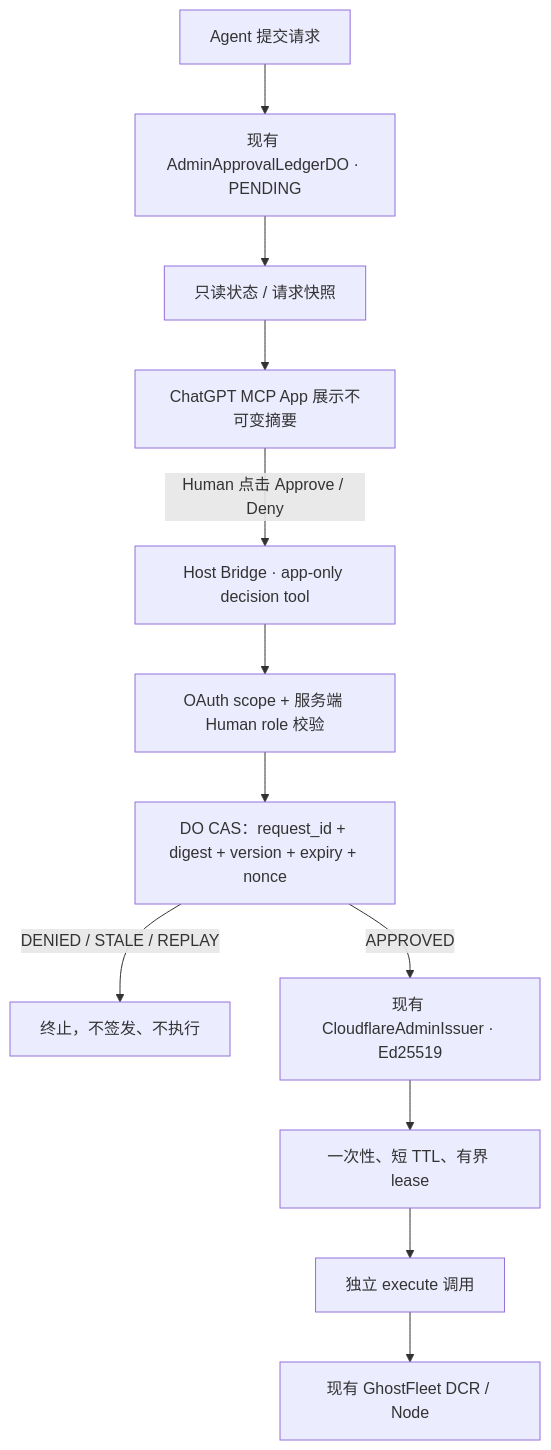
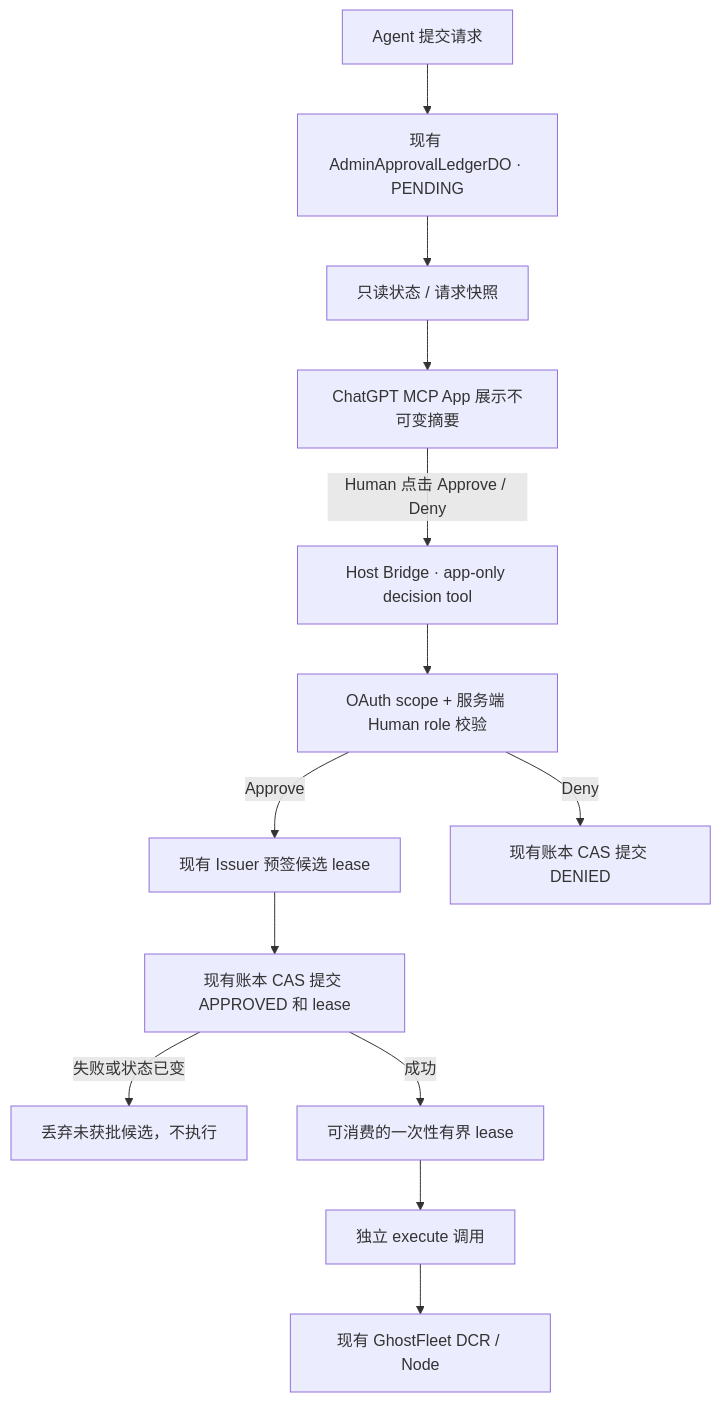
One commit to youling/ghostfleet changed the second of 4 diagrams in docs/architecture/CHATGPT_APPROVAL_PHASE0_PROBE.md. Above: the diagram before and after it, drawn with Mermaid. The commit also changed other lines of this file, not shown here.

Commit message:
docs(approval): align Phase 0 target diagram with signing and CAS source

````diff
--- a/docs/architecture/CHATGPT_APPROVAL_PHASE0_PROBE.md
+++ b/docs/architecture/CHATGPT_APPROVAL_PHASE0_PROBE.md
@@ -62,14 +62,15 @@
 ```mermaid
 flowchart TD
   A["Agent 提交请求"] --> D["现有 AdminApprovalLedgerDO · PENDING"]
   D --> V["只读状态 / 请求快照"]
   V --> UI["ChatGPT MCP App 展示不可变摘要"]
   UI -->|"Human 点击 Approve / Deny"| H["Host Bridge · app-only decision tool"]
   H --> AUTH["OAuth scope + 服务端 Human role 校验"]
-  AUTH --> CAS["DO CAS：request_id + digest + version + expiry + nonce"]
-  CAS -->|"DENIED / STALE / REPLAY"| STOP["终止，不签发、不执行"]
-  CAS -->|"APPROVED"| SIGN["现有 CloudflareAdminIssuer · Ed25519"]
-  SIGN --> LEASE["一次性、短 TTL、有界 lease"]
+  AUTH -->|"Approve"| SIGN["现有 Issuer 预签候选 lease"]
+  AUTH -->|"Deny"| DENY["现有账本 CAS 提交 DENIED"]
+  SIGN --> CAS["现有账本 CAS 提交 APPROVED 和 lease"]
+  CAS -->|"失败或状态已变"| STOP["丢弃未获批候选，不执行"]
+  CAS -->|"成功"| LEASE["可消费的一次性有界 lease"]
   LEASE --> EX["独立 execute 调用"]
   EX --> NODE["现有 GhostFleet DCR / Node"]
 ```
````
